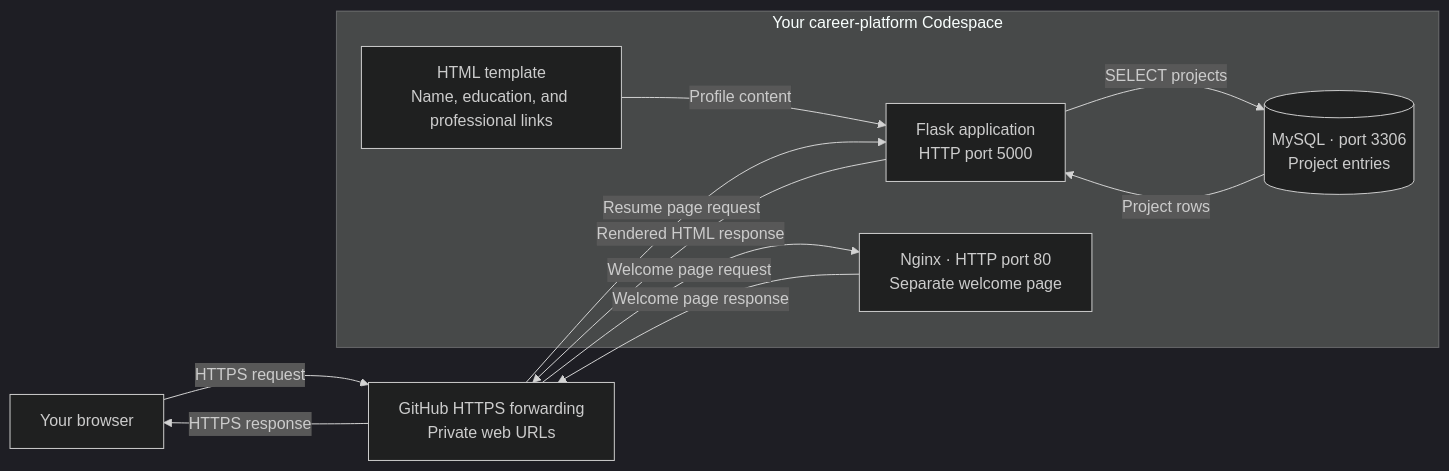
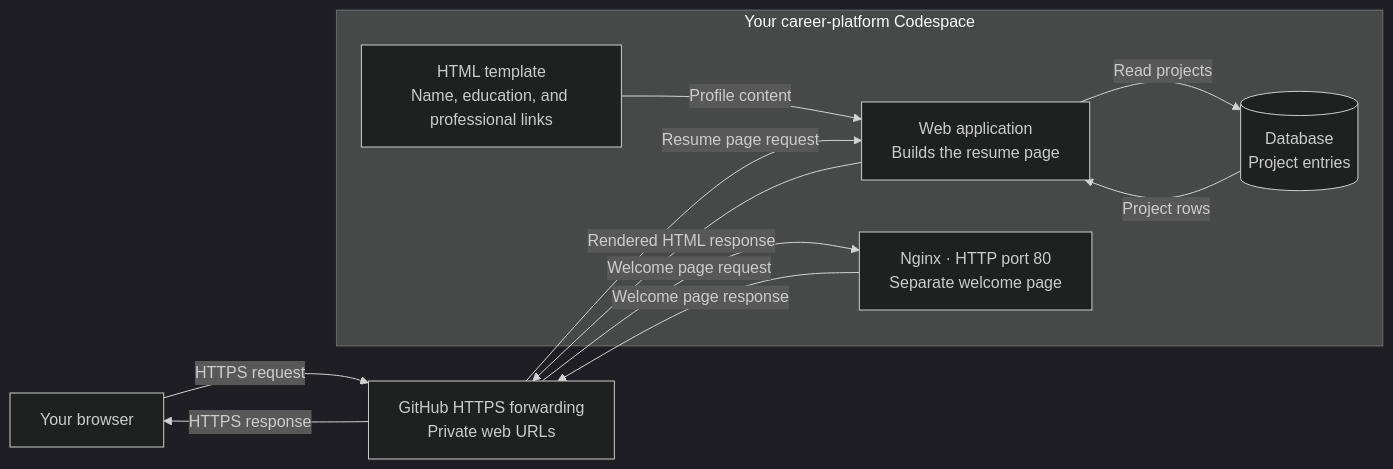
Before and after one commit to LMU-ISBA/isba-4775-fa26: the first of 2 diagrams in guides/resume-site-in-codespaces.md, drawn with Mermaid (dark theme). The commit also changed other lines of this file and 3 other files, not shown here.

````diff
--- a/guides/resume-site-in-codespaces.md
+++ b/guides/resume-site-in-codespaces.md
@@ -18,22 +18,22 @@
 ```mermaid
 flowchart LR
     browser["Your browser"]
     forwarding["GitHub HTTPS forwarding<br/>Private web URLs"]
 
     subgraph codespace["Your career-platform Codespace"]
-        app["Flask application<br/>HTTP port 5000"]
+        app["Web application<br/>Builds the resume page"]
         profile["HTML template<br/>Name, education, and professional links"]
-        database[("MySQL · port 3306<br/>Project entries")]
+        database[("Database<br/>Project entries")]
         nginx["Nginx · HTTP port 80<br/>Separate welcome page"]
         profile -->|Profile content| app
-        app -->|SELECT projects| database
+        app -->|Read projects| database
         database -->|Project rows| app
     end
 
     browser -->|HTTPS request| forwarding
     forwarding -->|Resume page request| app
     app -->|Rendered HTML response| forwarding
     forwarding -->|HTTPS response| browser
     forwarding -->|Welcome page request| nginx
     nginx -->|Welcome page response| forwarding
 ```
````
